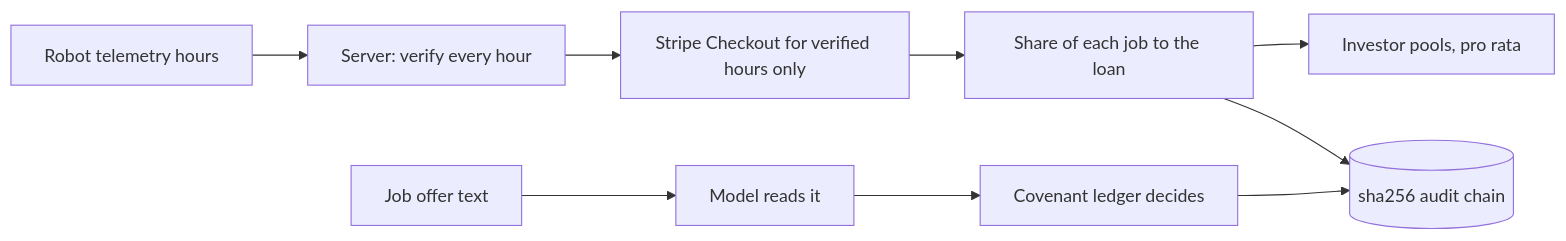
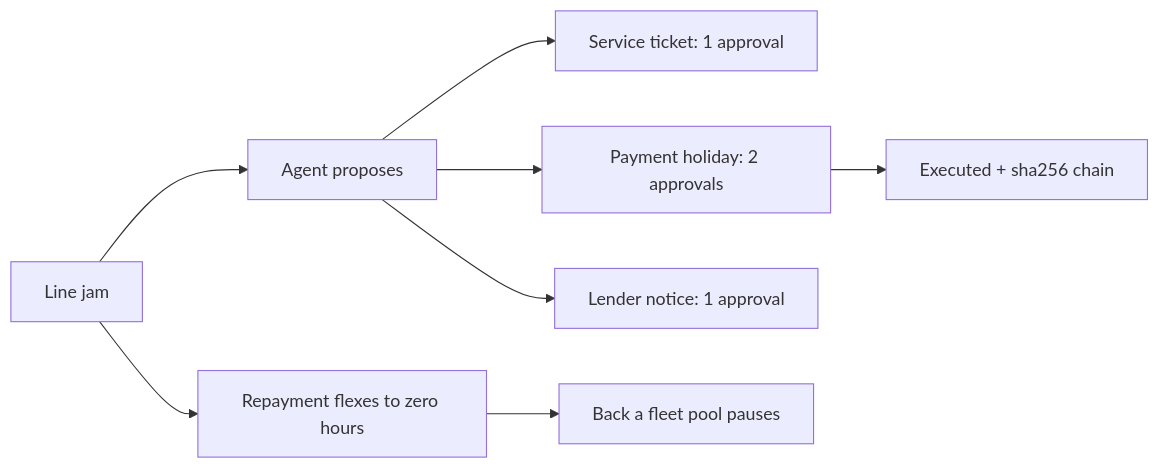
The fourth of 4 diagrams in README.md (KarinaKKarinaK/c0mpile-YC), drawn with Mermaid before and after one commit. The commit also changed other lines of this file and 9 other files, not shown here.

Commit message:
Backend: work receipts with daily Merkle roots and proofs, agent actions with role quorum, KV store; desk shows agent proposals and receipts; landing answers YC's ten questions and the plan; README rewrite with banner, charts and diagrams

````diff
--- a/README.md
+++ b/README.md
@@ -47,10 +88,7 @@
 ```mermaid
 flowchart LR
-  T[Robot telemetry hours] --> S[Server: verify every hour]
-  O[Job offer text] --> M[Model reads it] --> C[Covenant ledger decides]
-  S --> P[Stripe Checkout for verified hours only]
-  P --> R[Share of each job to the loan]
-  R --> I[Investor pools, pro rata]
-  C --> A[(sha256 audit chain)]
-  R --> A
+  F[Line jam] --> AG[Agent proposes] --> T[Service ticket: 1 approval]
+  AG --> H[Payment holiday: 2 approvals] --> X[Executed + sha256 chain]
+  AG --> N[Lender notice: 1 approval]
+  F --> FX[Repayment flexes to zero hours] --> I[Back a fleet pool pauses]
 ```
````
